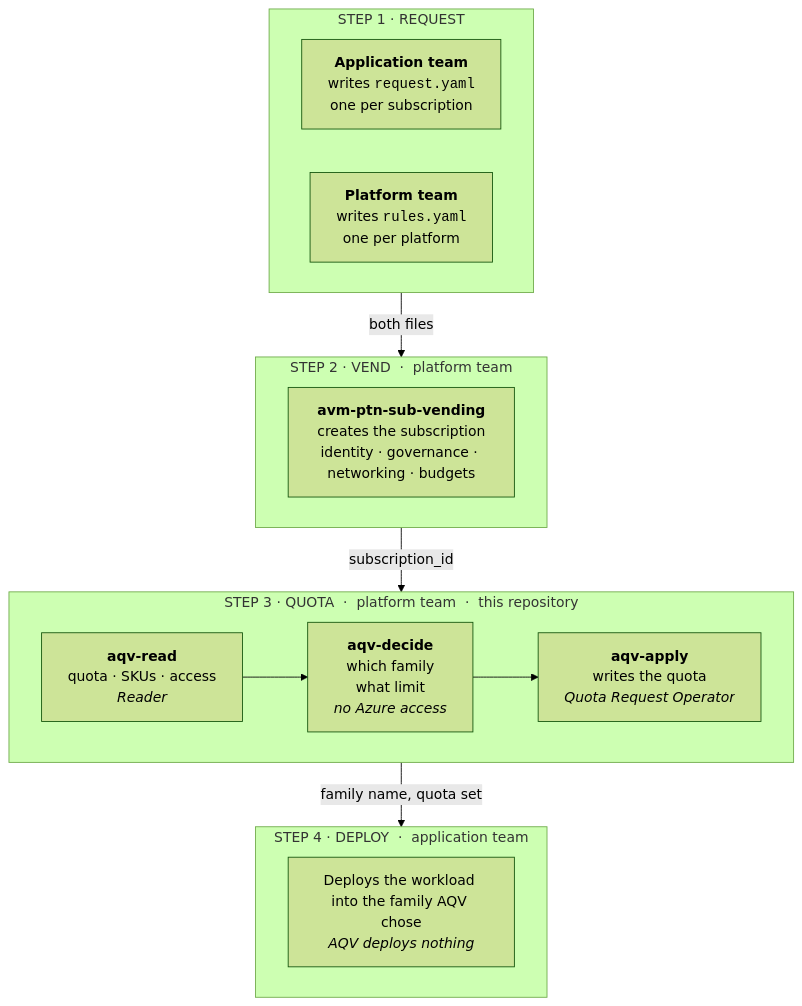
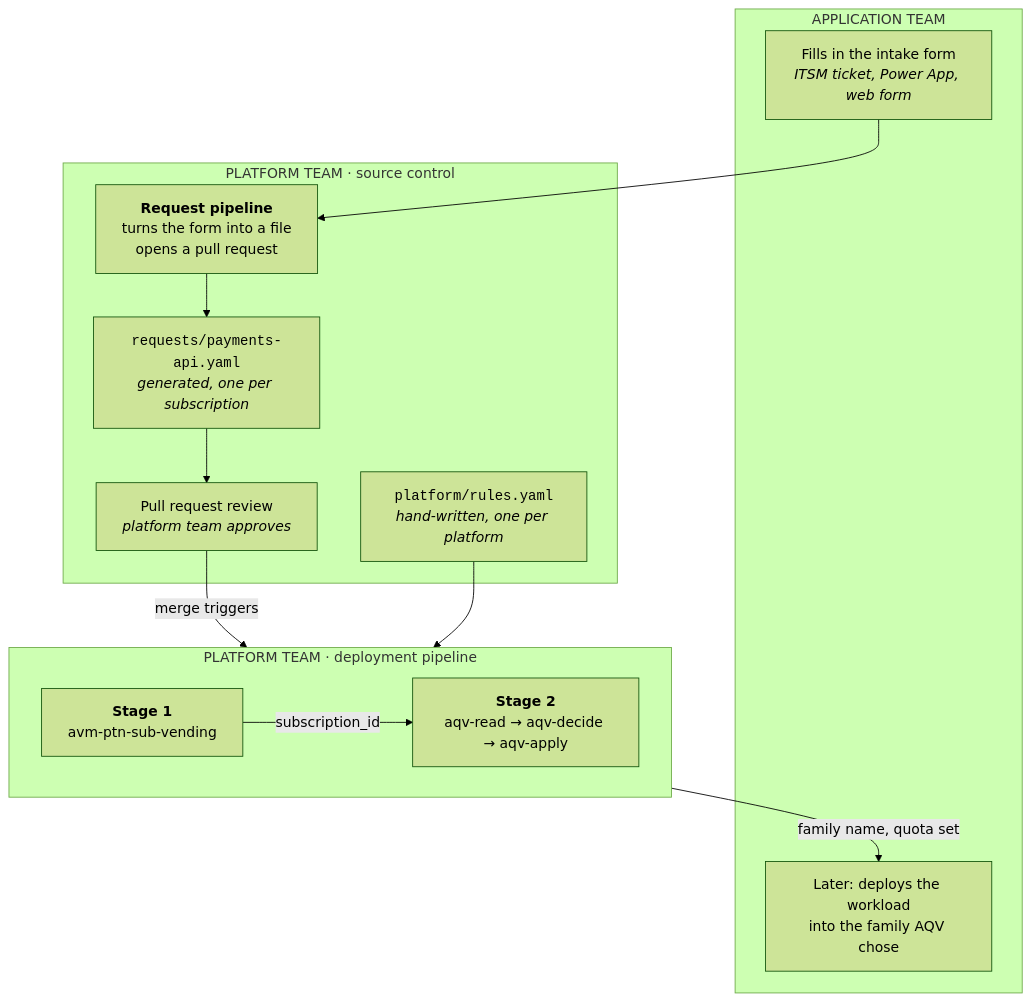
One commit to chrislittle/azure-placement-engine changed the first of 3 diagrams in docs/GUIDE.md. Above: the diagram before and after it, drawn with Mermaid (forest theme). The commit also changed other lines of this file, not shown here.

````diff
--- a/docs/GUIDE.md
+++ b/docs/GUIDE.md
@@ -33,28 +30,26 @@
 ```mermaid
 flowchart TB
-    subgraph L1["STEP 1 · REQUEST"]
-        direction LR
-        A1["<b>Application team</b><br/>writes <code>request.yaml</code><br/>one per subscription"]
-        A2["<b>Platform team</b><br/>writes <code>rules.yaml</code><br/>one per platform"]
+    subgraph APP["APPLICATION TEAM"]
+        F["Fills in the intake form<br/><i>ITSM ticket, Power App, web form</i>"]
+        DEP["Later: deploys the workload<br/>into the family AQV chose"]
     end
 
-    subgraph L2["STEP 2 · VEND &nbsp;·&nbsp; platform team"]
-        B1["<b>avm-ptn-sub-vending</b><br/>creates the subscription<br/>identity · governance · networking · budgets"]
+    subgraph PLATREPO["PLATFORM TEAM · source control"]
+        RP["<b>Request pipeline</b><br/>turns the form into a file<br/>opens a pull request"]
+        RY["<code>requests/payments-api.yaml</code><br/><i>generated, one per subscription</i>"]
+        RU["<code>platform/rules.yaml</code><br/><i>hand-written, one per platform</i>"]
+        REV["Pull request review<br/><i>platform team approves</i>"]
     end
 
-    subgraph L3["STEP 3 · QUOTA &nbsp;·&nbsp; platform team &nbsp;·&nbsp; this repository"]
+    subgraph PIPE["PLATFORM TEAM · deployment pipeline"]
         direction LR
-        C1["<b>aqv-read</b><br/>quota · SKUs · access<br/><i>Reader</i>"]
-        C2["<b>aqv-decide</b><br/>which family<br/>what limit<br/><i>no Azure access</i>"]
-        C3["<b>aqv-apply</b><br/>writes the quota<br/><i>Quota Request Operator</i>"]
-        C1 --> C2 --> C3
+        S1["<b>Stage 1</b><br/>avm-ptn-sub-vending"]
+        S2["<b>Stage 2</b><br/>aqv-read → aqv-decide → aqv-apply"]
+        S1 -->|subscription_id| S2
     end
 
-    subgraph L4["STEP 4 · DEPLOY &nbsp;·&nbsp; application team"]
-        B2["Deploys the workload into the family AQV chose<br/><i>AQV deploys nothing</i>"]
-    end
-
-    L1 -->|"both files"| L2
-    L2 -->|"subscription_id"| L3
-    L3 -->|"family name, quota set"| L4
+    F --> RP --> RY --> REV
+    REV -->|merge triggers| PIPE
+    RU --> PIPE
+    S2 -->|"family name, quota set"| DEP
 ```
````
